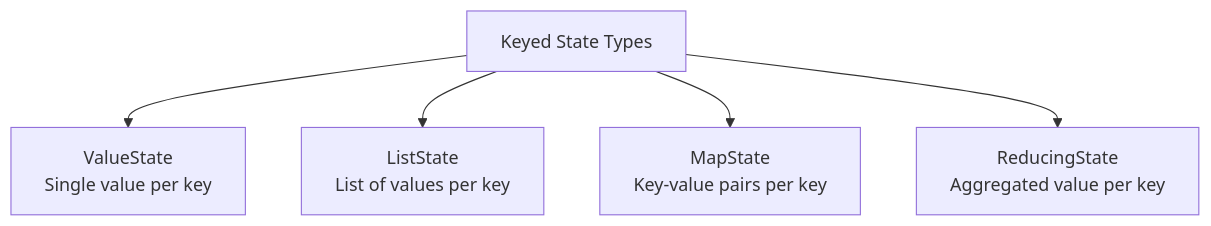
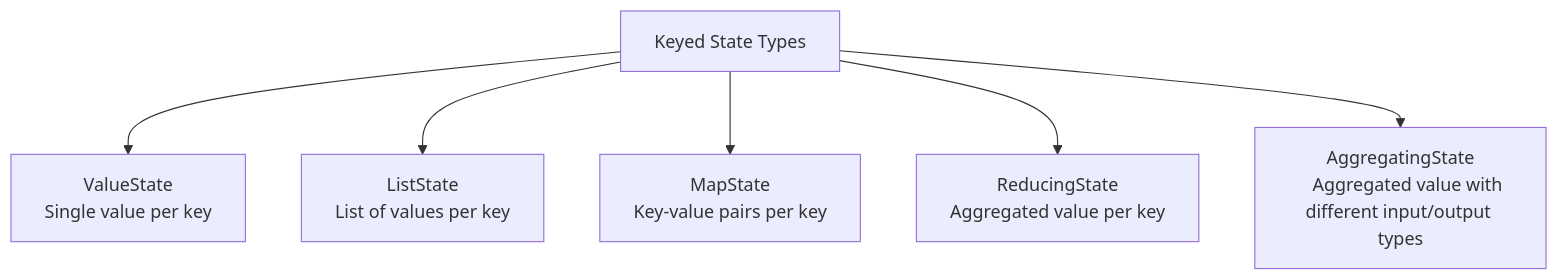
The second of 4 diagrams in posts/2026-01-30-keyed-state/README.md (OneUptime/blog), drawn with Mermaid before and after one commit. The commit also changed other lines of this file and 2 other files, not shown here.

````diff
--- a/posts/2026-01-30-keyed-state/README.md
+++ b/posts/2026-01-30-keyed-state/README.md
@@ -61,21 +61,25 @@
 ```mermaid
 flowchart TB
     KS["Keyed State Types"]
 
     VS["ValueState<T>
     Single value per key"]
 
     LS["ListState<T>
     List of values per key"]
 
     MS["MapState<K,V>
     Key-value pairs per key"]
 
     RS["ReducingState<T>
     Aggregated value per key"]
 
+    AS["AggregatingState<IN,OUT>
+    Aggregated value with different input/output types"]
+
     KS --> VS
     KS --> LS
     KS --> MS
     KS --> RS
+    KS --> AS
 ```
````
